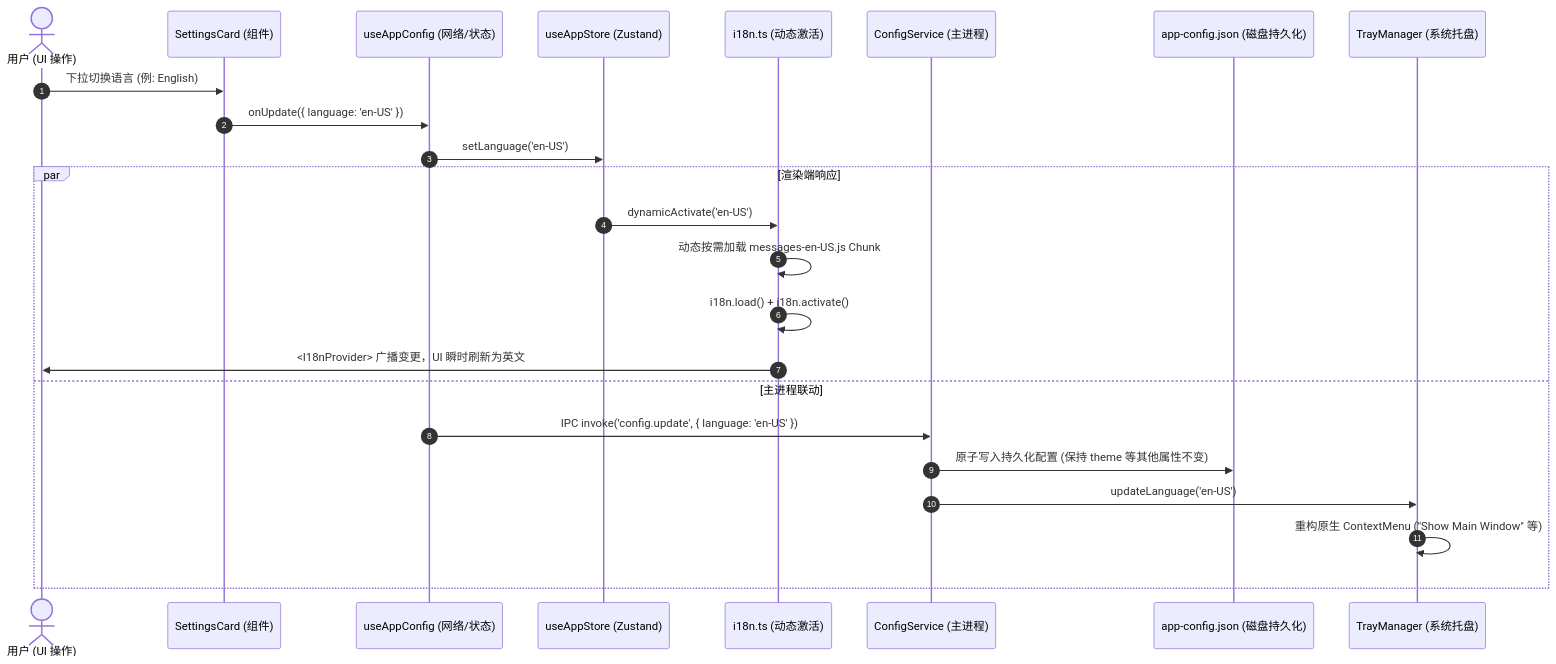
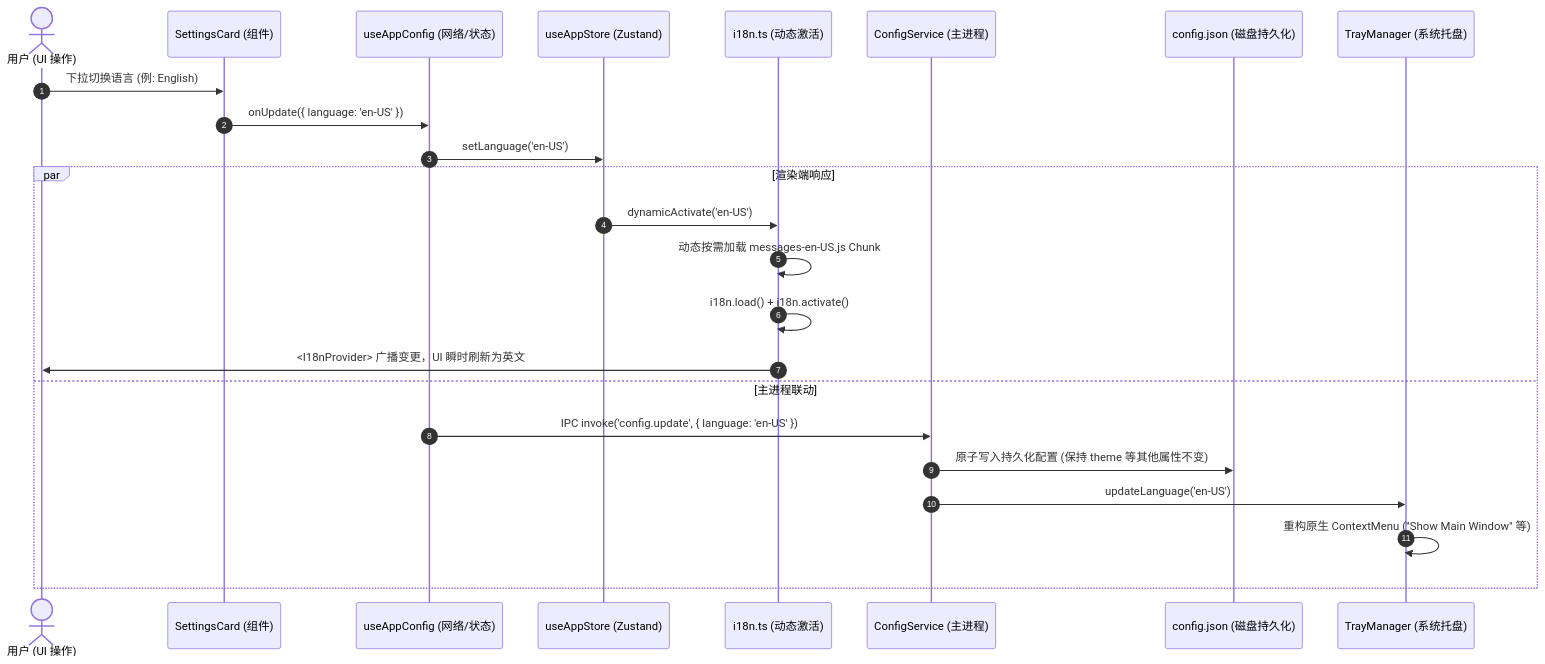
Before and after one commit to BanShan-Alec/electron-react-monorepo-template: the second of 2 diagrams in docs/i18n/architecture.md, drawn with Mermaid. The commit also changed other lines of this file and 8 other files, not shown here.

````diff
--- a/docs/i18n/architecture.md
+++ b/docs/i18n/architecture.md
@@ -146,28 +146,28 @@
 ```mermaid
 sequenceDiagram
     autonumber
     actor User as 用户 (UI 操作)
     participant Settings as SettingsCard (组件)
     participant Hook as useAppConfig (网络/状态)
     participant Store as useAppStore (Zustand)
     participant I18n as i18n.ts (动态激活)
     participant MainIPC as ConfigService (主进程)
-    participant File as app-config.json (磁盘持久化)
+    participant File as config.json (磁盘持久化)
     participant Tray as TrayManager (系统托盘)
 
     User->>Settings: 下拉切换语言 (例: English)
     Settings->>Hook: onUpdate({ language: 'en-US' })
     Hook->>Store: setLanguage('en-US')
     
     par 渲染端响应
         Store->>I18n: dynamicActivate('en-US')
         I18n->>I18n: 动态按需加载 messages-en-US.js Chunk
         I18n->>I18n: i18n.load() + i18n.activate()
         I18n->>User: <I18nProvider> 广播变更，UI 瞬时刷新为英文
     and 主进程联动
         Hook->>MainIPC: IPC invoke('config.update', { language: 'en-US' })
         MainIPC->>File: 原子写入持久化配置 (保持 theme 等其他属性不变)
         MainIPC->>Tray: updateLanguage('en-US')
         Tray->>Tray: 重构原生 ContextMenu ("Show Main Window" 等)
     end
 ```
````
